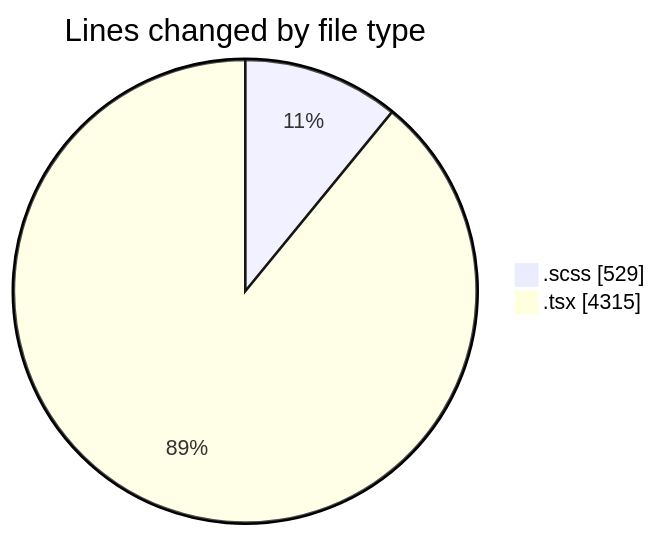
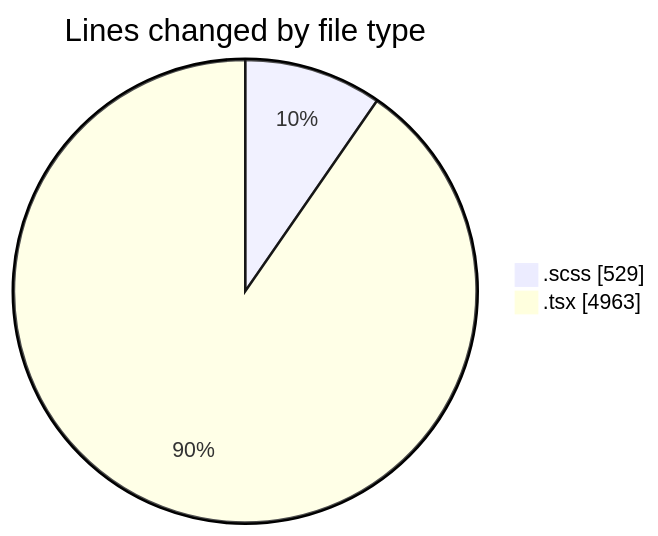
One commit to momahboobian/code-tracking changed the first of 2 diagrams in 2025-08-28/cda/README.md. Above: the diagram before and after it, drawn with Mermaid. The commit also changed other lines of this file and 1 other file, not shown here.

````diff
--- a/2025-08-28/cda/README.md
+++ b/2025-08-28/cda/README.md
@@ -29,6 +29,6 @@
 ```mermaid
 pie showData
 title Lines changed by file type
 ".scss" : 529
-".tsx" : 4315
+".tsx" : 4963
 ```
````
